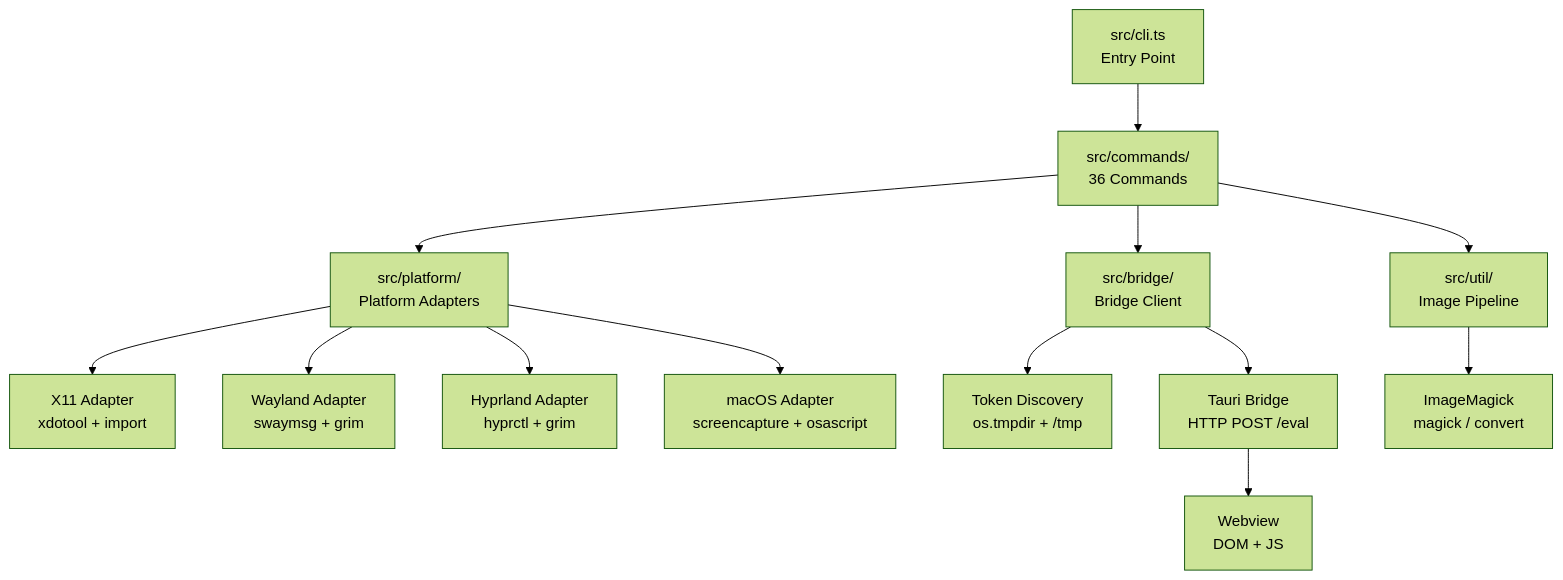
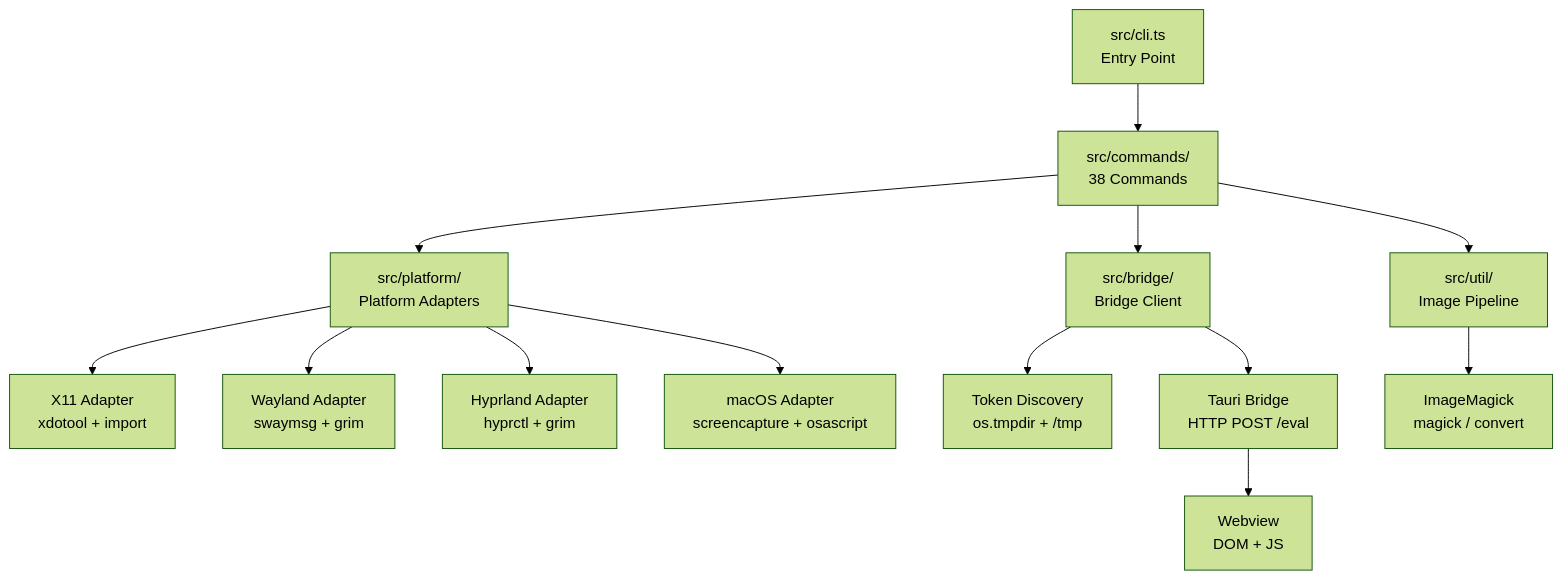
Before and after one commit to cesarandreslopez/tauri-agent-tools: the diagram in docs/architecture/overview.md, drawn with Mermaid (forest theme). The commit also changed other lines of this file and 11 other files, not shown here.

````diff
--- a/docs/architecture/overview.md
+++ b/docs/architecture/overview.md
@@ -5,15 +5,15 @@
 ```mermaid
 graph TD
-    CLI[src/cli.ts<br/>Entry Point] --> CMD[src/commands/<br/>36 Commands]
+    CLI[src/cli.ts<br/>Entry Point] --> CMD[src/commands/<br/>38 Commands]
     CMD --> PA[src/platform/<br/>Platform Adapters]
     CMD --> BC[src/bridge/<br/>Bridge Client]
     PA --> X11[X11 Adapter<br/>xdotool + import]
     PA --> WL[Wayland Adapter<br/>swaymsg + grim]
     PA --> HY[Hyprland Adapter<br/>hyprctl + grim]
     PA --> MAC[macOS Adapter<br/>screencapture + osascript]
     BC --> TD[Token Discovery<br/>os.tmpdir + /tmp]
     BC --> BR[Tauri Bridge<br/>HTTP POST /eval]
     BR --> WV[Webview<br/>DOM + JS]
     CMD --> IMG[src/util/<br/>Image Pipeline]
     IMG --> IM[ImageMagick<br/>magick / convert]
 ```
````
